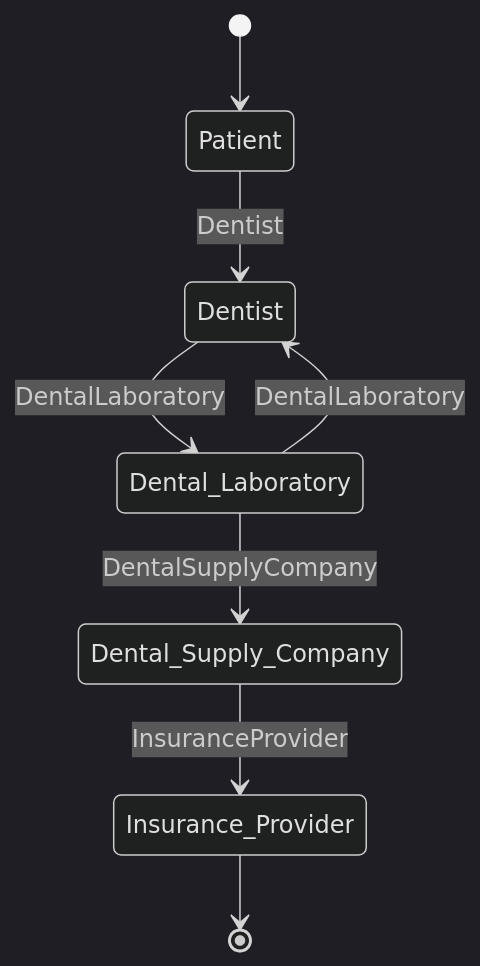
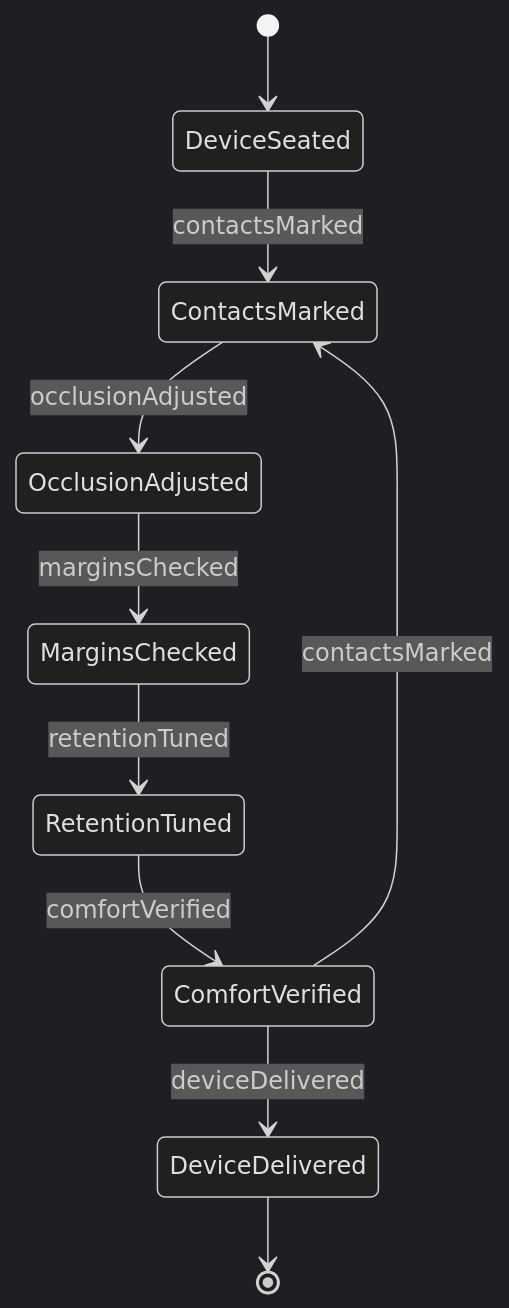
Before and after one commit to dot-org-ai/tasks.org.ai: the second of 4 diagrams in HandlingAndMovingObjects/AdjustMedicalEquipmentToEnsureAdequatePerformance/AdjustDentalDevicesAppliancesEnsure.mdx, drawn with Mermaid (dark theme). The commit also changed other lines of this file and 40 other files, not shown here.

First line of the commit message:
fix: Replace Actor-based ER and State diagrams with Entity/Event-based diagrams in 41 HandlingAndMovingObjects DWA files

````diff
--- a/HandlingAndMovingObjects/AdjustMedicalEquipmentToEnsureAdequatePerformance/AdjustDentalDevicesAppliancesEnsure.mdx
+++ b/HandlingAndMovingObjects/AdjustMedicalEquipmentToEnsureAdequatePerformance/AdjustDentalDevicesAppliancesEnsure.mdx
@@ -101,10 +100,12 @@
 ```mermaid
 stateDiagram-v2
-    [*] --> Patient
-    Patient --> Dentist: Dentist
-    Dentist --> Dental_Laboratory: DentalLaboratory
-    Dental_Laboratory --> Dental_Supply_Company: DentalSupplyCompany
-    Dental_Supply_Company --> Insurance_Provider: InsuranceProvider
-    Dental_Laboratory --> Dentist: DentalLaboratory
-    Insurance_Provider --> [*]
+    [*] --> DeviceSeated
+    DeviceSeated --> ContactsMarked : contactsMarked
+    ContactsMarked --> OcclusionAdjusted : occlusionAdjusted
+    OcclusionAdjusted --> MarginsChecked : marginsChecked
+    MarginsChecked --> RetentionTuned : retentionTuned
+    RetentionTuned --> ComfortVerified : comfortVerified
+    ComfortVerified --> ContactsMarked : contactsMarked
+    ComfortVerified --> DeviceDelivered : deviceDelivered
+    DeviceDelivered --> [*]
 ```
````
